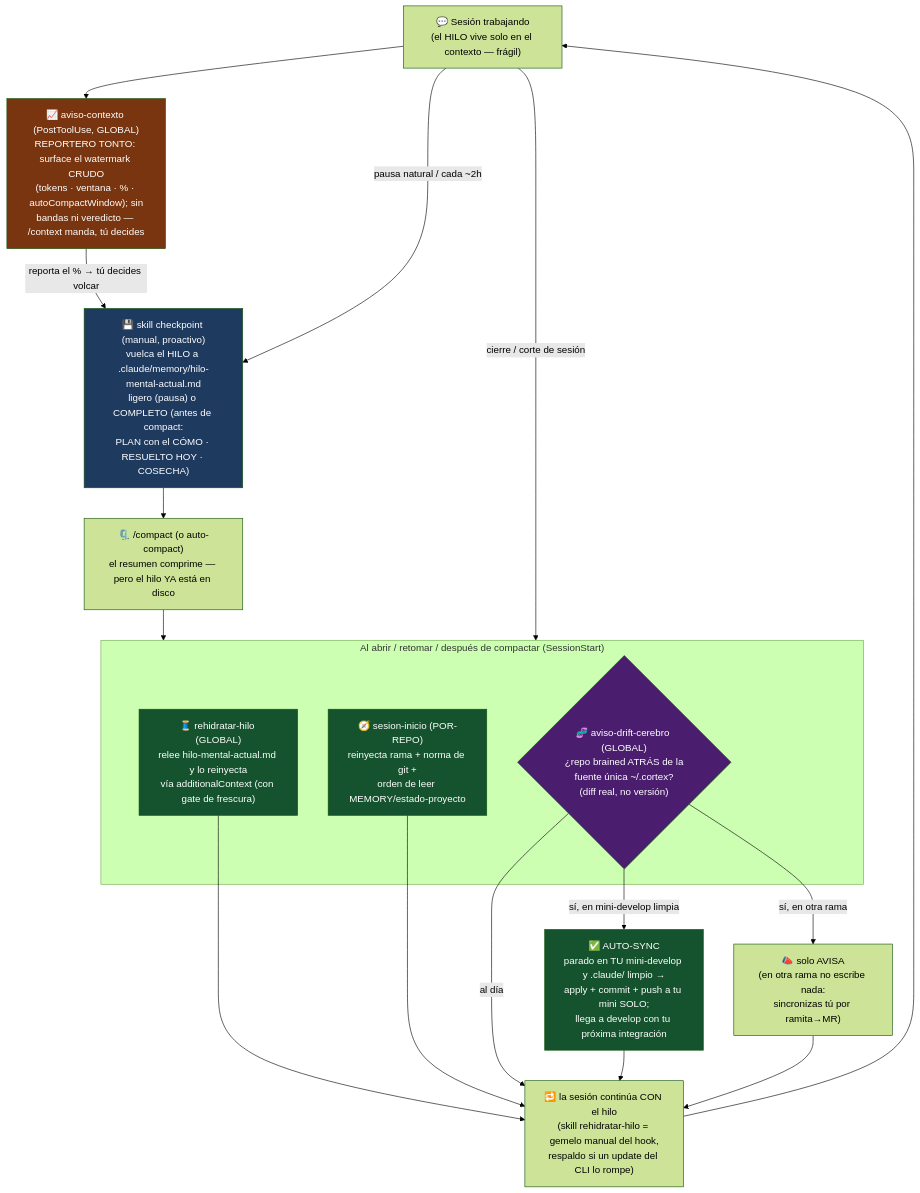
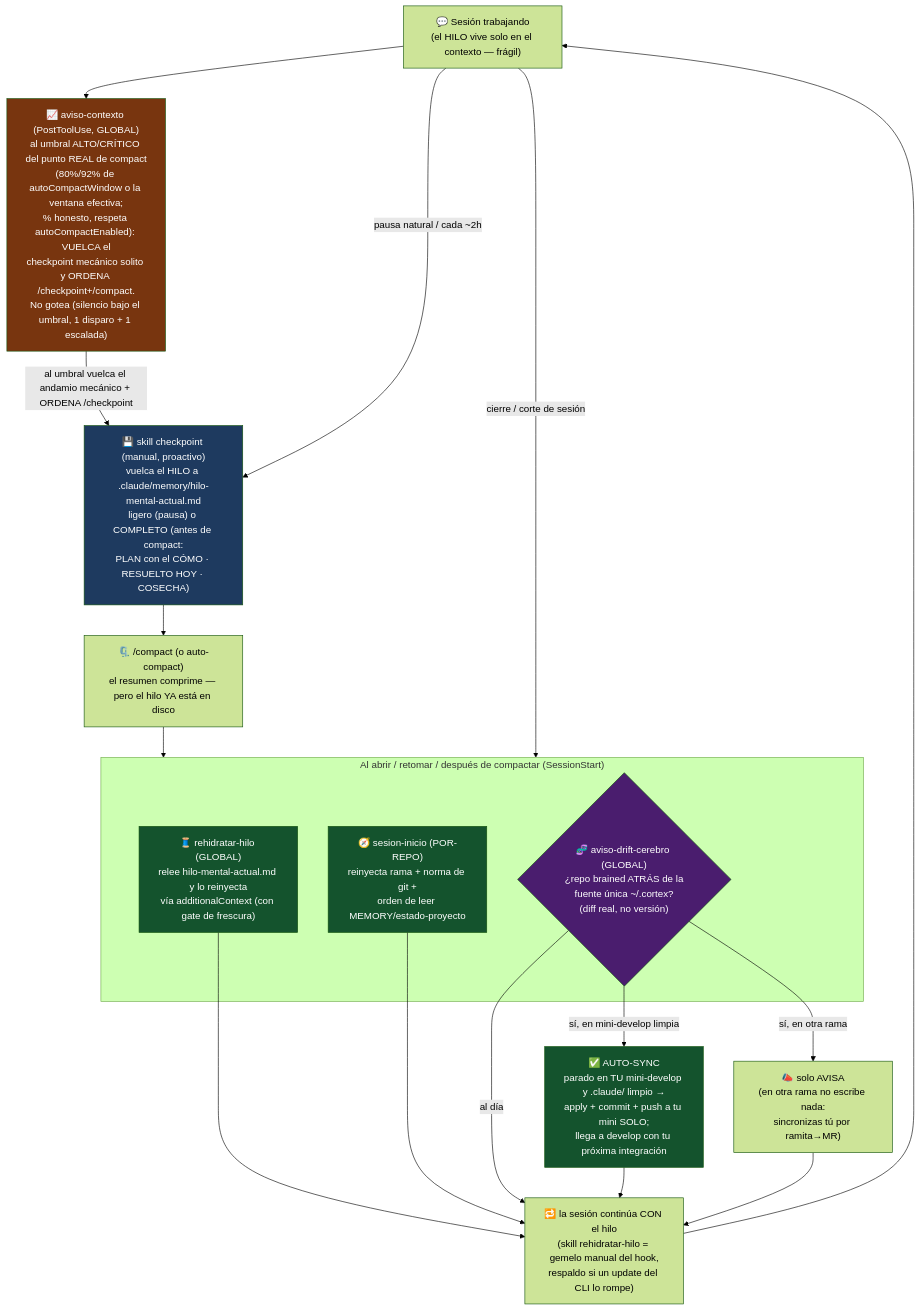
The second of 4 diagrams in docs/mapa-cerebro.md (unjordi/cortex), drawn with Mermaid (forest theme) before and after one commit. The commit also changed other lines of this file and 73 other files, not shown here.

First line of the commit message:
integración overhaul 2026-09-17: seeder lean, dedupe firma, dod-cable, higiene-ramas, aviso-contexto útil, fp-corpus (#435)

````diff
--- a/docs/mapa-cerebro.md
+++ b/docs/mapa-cerebro.md
@@ -83,39 +83,39 @@
 ```mermaid
 flowchart TB
     TRABAJO["💬 Sesión trabajando<br/>(el HILO vive solo en el contexto — frágil)"]
-    AC["📈 aviso-contexto (PostToolUse, GLOBAL)<br/>REPORTERO TONTO: surface el watermark CRUDO<br/>(tokens · ventana · % · autoCompactWindow); sin<br/>bandas ni veredicto — /context manda, tú decides"]
+    AC["📈 aviso-contexto (PostToolUse, GLOBAL)<br/>al umbral ALTO/CRÍTICO del punto REAL de compact<br/>(80%/92% de autoCompactWindow o la ventana efectiva;<br/>% honesto, respeta autoCompactEnabled): VUELCA el<br/>checkpoint mecánico solito y ORDENA /checkpoint+/compact.<br/>No gotea (silencio bajo el umbral, 1 disparo + 1 escalada)"]
     CP["💾 skill checkpoint (manual, proactivo)<br/>vuelca el HILO a .claude/memory/hilo-mental-actual.md<br/>ligero (pausa) o COMPLETO (antes de compact:<br/>PLAN con el CÓMO · RESUELTO HOY · COSECHA)"]
     COMPACT["🗜️ /compact (o auto-compact)<br/>el resumen comprime — pero el hilo YA está en disco"]
 
     subgraph retomar["Al abrir / retomar / después de compactar (SessionStart)"]
         RH["🧵 rehidratar-hilo (GLOBAL)<br/>relee hilo-mental-actual.md y lo reinyecta<br/>vía additionalContext (con gate de frescura)"]
         SI["🧭 sesion-inicio (POR-REPO)<br/>reinyecta rama + norma de git +<br/>orden de leer MEMORY/estado-proyecto"]
         DRIFT{"🧬 aviso-drift-cerebro (GLOBAL)<br/>¿repo brained ATRÁS de la<br/>fuente única ~/.cortex?<br/>(diff real, no versión)"}
     end
 
     SYNC["✅ AUTO-SYNC<br/>parado en TU mini-develop y .claude/ limpio →<br/>apply + commit + push a tu mini SOLO;<br/>llega a develop con tu próxima integración"]
     AVISA["📣 solo AVISA<br/>(en otra rama no escribe nada:<br/>sincronizas tú por ramita→MR)"]
     SIGUE["🔁 la sesión continúa CON el hilo<br/>(skill rehidratar-hilo = gemelo manual del hook,<br/>respaldo si un update del CLI lo rompe)"]
 
     TRABAJO --> AC
-    AC -->|"reporta el % → tú decides volcar"| CP
+    AC -->|"al umbral vuelca el andamio mecánico + ORDENA /checkpoint"| CP
     TRABAJO -->|"pausa natural / cada ~2h"| CP
     CP --> COMPACT
     COMPACT --> retomar
     TRABAJO -->|"cierre / corte de sesión"| retomar
     RH --> SIGUE
     SI --> SIGUE
     DRIFT -->|"sí, en mini-develop limpia"| SYNC
     DRIFT -->|"sí, en otra rama"| AVISA
     DRIFT -->|"al día"| SIGUE
     SYNC --> SIGUE
     AVISA --> SIGUE
     SIGUE --> TRABAJO
 
     style CP fill:#1e3a5f,color:#fff
     style RH fill:#14532d,color:#fff
     style SI fill:#14532d,color:#fff
     style AC fill:#78350f,color:#fff
     style DRIFT fill:#4a1d6e,color:#fff
     style SYNC fill:#14532d,color:#fff
 ```
````
